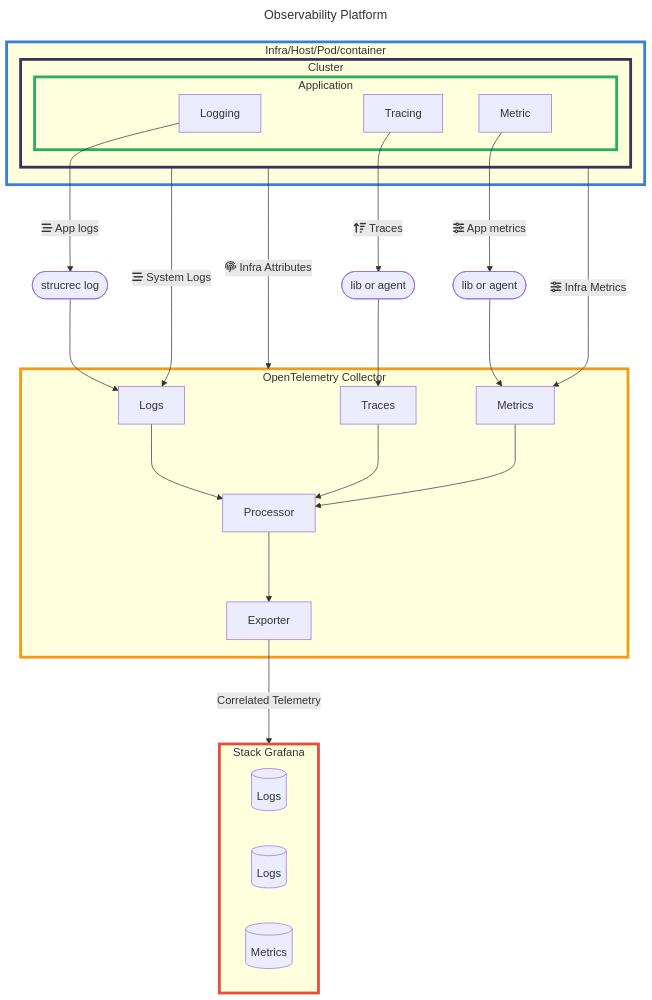
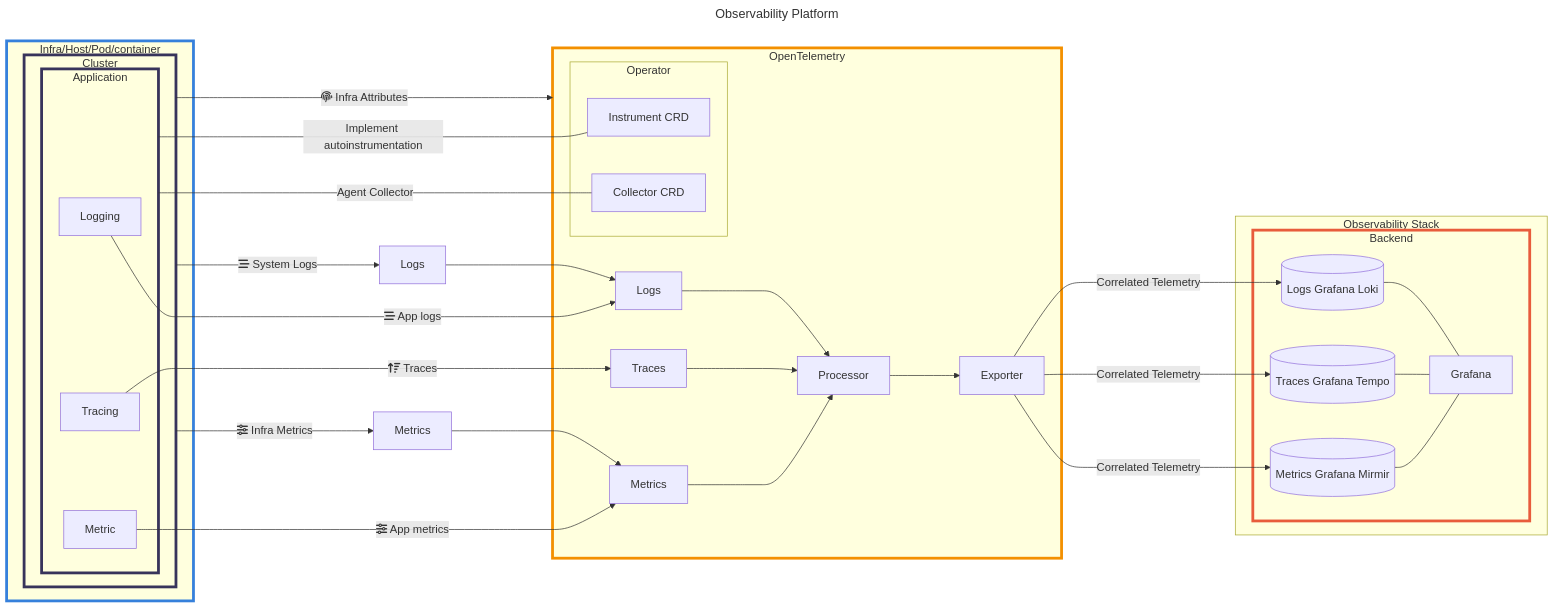
Before and after one commit to EzzioMoreira/observability-platform: the diagram in README.md, drawn with Mermaid.

Commit message:
feat: adiciona operator

````diff
--- a/README.md
+++ b/README.md
@@ -5,59 +5,76 @@
 ```mermaid
 ---
 title: Observability Platform
 ---
 
-graph TD
+graph LR
     %% Subgráfico para Infra/Host/Pod/Container
     subgraph Infra["Infra/Host/Pod/container"]
     style Infra stroke:#3680db,stroke-width:4px;
         %% Subgráfico para Cluster
         subgraph cluster["Cluster"]
         style cluster stroke:#38345b,stroke-width:4px;
             %% Subgráfico para Application
             subgraph application["Application"]
-            style application stroke:#27ae60,stroke-width:4px;
-                Logging
-                Tracing
-                Metric
+            style application stroke:#38345b,stroke-width:4px;
+                a-Logging
+                a-Tracing
+                a-Metric
             end
         end
     end
 
-    %% Conexões entre elementos
-    Logging ---> |fas:fa-stream App logs| log(["strucrec log"])
-    Tracing ---> |fas:fa-sort-amount-up Traces| trace(["lib or agent"])
-    Metric ---> |fas:fa-sliders-h App metrics| metrics(["lib or agent"])
-
-    %% Subgráfico para OpenTelemetry (com Processamento e Exportação)
-    subgraph opentelemetry["OpenTelemetry Collector"]
-    style opentelemetry stroke:#f39c12,stroke-width:4px;
-        Logs
-        Traces
-        Metrics
-        Processor
-        Exporter
-    end
-
-    subgraph backend["Stack Grafana"]
-    style backend stroke:#e74c3c,stroke-width:4px;
-        b-Logs[(Logs)]
-        b-Traces[(Logs)]
-        b-Metrics[(Metrics)]
-    end
-
-    %% Aplicação e opentelemtry
-    log ---> Logs ---> Processor
-    trace ---> Traces ---> Processor
-    metrics ---> Metrics ---> Processor
-
-    %% Conexões entre elementos
+    %% Conexões cluster
     cluster ---> |fas:fa-sliders-h Infra Metrics| Metrics
     cluster ---> |fas:fa-stream System Logs| Logs
     cluster ---> |fas:fa-fingerprint Infra Attributes| opentelemetry
+    Metrics ---> o-Metrics
+    Logs ---> o-Logs
+
+    %% Aplicação opetnelemetry
+    application --- |Implement autoinstrumentation| autoinstrumentations
+    application --- |Agent Collector| sidecar
+
+    %% Subgráfico opentelemetry processamento e exporter
+    subgraph opentelemetry["OpenTelemetry"]
+    style opentelemetry stroke:#f39000,stroke-width:4px;
+        o-Logs
+        o-Traces
+        o-Metrics
+        Processor
+        Exporter
+        subgraph operator["Operator"]
+            autoinstrumentations["Instrument CRD"]
+            sidecar["Collector CRD"]
+        end 
+    end
+
+    %% Conexões opentelemetry processoe e exporter
+    a-Logging[Logging] ---> |fas:fa-stream App logs| o-Logs
+    a-Tracing[Tracing] ---> |fas:fa-sort-amount-up Traces| o-Traces
+    a-Metric[Metric] ---> |fas:fa-sliders-h App metrics| o-Metrics
+    o-Logs[Logs] ---> Processor
+    o-Traces[Traces] ---> Processor
+    o-Metrics[Metrics] ---> Processor
 
     %% Conexões para Processamento e Exportação dentro de OpenTelemetry
+    Processor ---> Exporter
+    Exporter ---> |Correlated Telemetry| b-Logs
+    Exporter ---> |Correlated Telemetry| b-Metrics
+    Exporter ---> |Correlated Telemetry| b-Traces
     
-    Processor ---> Exporter
-    Exporter ---> |Correlated Telemetry| backend
+    %% Subgráfico backend stack grafana
+    subgraph Grafana["Observability Stack"]
+    style backend stroke:#e85c3c,stroke-width:4px;
+        subgraph backend["Backend"]
+            g-Grafana["Grafana"]
+            b-Logs[(Logs Grafana Loki)]
+            b-Traces[(Traces Grafana Tempo)]
+            b-Metrics[(Metrics Grafana Mirmir)]
+        end
+    end
+    %% Conexões backend stack grafana
+    b-Logs --- g-Grafana
+    b-Traces --- g-Grafana
+    b-Metrics --- g-Grafana
 ```
````
